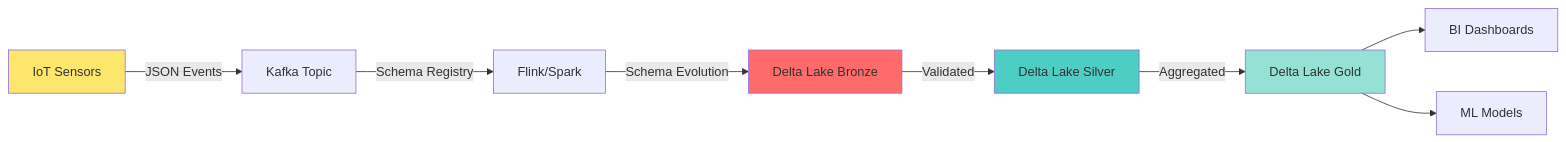
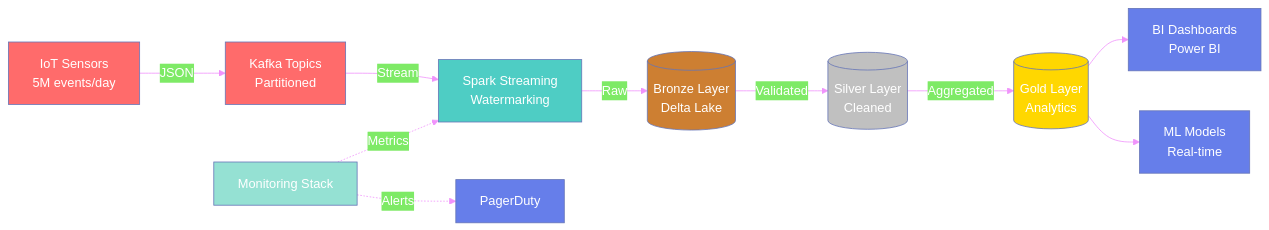
Before and after one commit to mounish4882/data-engineering-patterns: the second of 2 diagrams in README.md, drawn with Mermaid. The commit also changed other lines of this file, not shown here.

````diff
--- a/README.md
+++ b/README.md
@@ -173,15 +340,23 @@
 ```mermaid
+%%{init: {'theme':'base', 'themeVariables': { 'primaryColor':'#667eea','primaryTextColor':'#fff','lineColor':'#f093fb'}}}%%
 graph LR
-    A[IoT Sensors] -->|JSON Events| B[Kafka Topic]
-    B -->|Schema Registry| C[Flink/Spark]
-    C -->|Schema Evolution| D[Delta Lake Bronze]
-    D -->|Validated| E[Delta Lake Silver]
-    E -->|Aggregated| F[Delta Lake Gold]
-    F --> G[BI Dashboards]
-    F --> H[ML Models]
+    A[IoT Sensors<br/>5M events/day] -->|JSON| B[Kafka Topics<br/>Partitioned]
+    B -->|Stream| C[Spark Streaming<br/>Watermarking]
+    C -->|Raw| D[(Bronze Layer<br/>Delta Lake)]
+    D -->|Validated| E[(Silver Layer<br/>Cleaned)]
+    E -->|Aggregated| F[(Gold Layer<br/>Analytics)]
 
-    style A fill:#FFE66D
-    style D fill:#FF6B6B
-    style E fill:#4ECDC4
-    style F fill:#95E1D3
+    G[Monitoring Stack] -.->|Metrics| C
+    G -.->|Alerts| H[PagerDuty]
+
+    F --> I[BI Dashboards<br/>Power BI]
+    F --> J[ML Models<br/>Real-time]
+
+    style A fill:#FF6B6B
+    style B fill:#FF6B6B
+    style C fill:#4ECDC4
+    style D fill:#CD7F32
+    style E fill:#C0C0C0
+    style F fill:#FFD700
+    style G fill:#95E1D3
 ```
````
